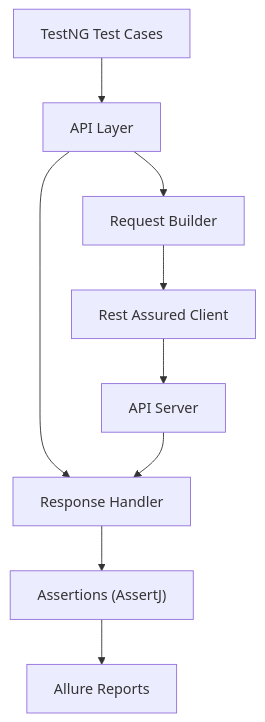
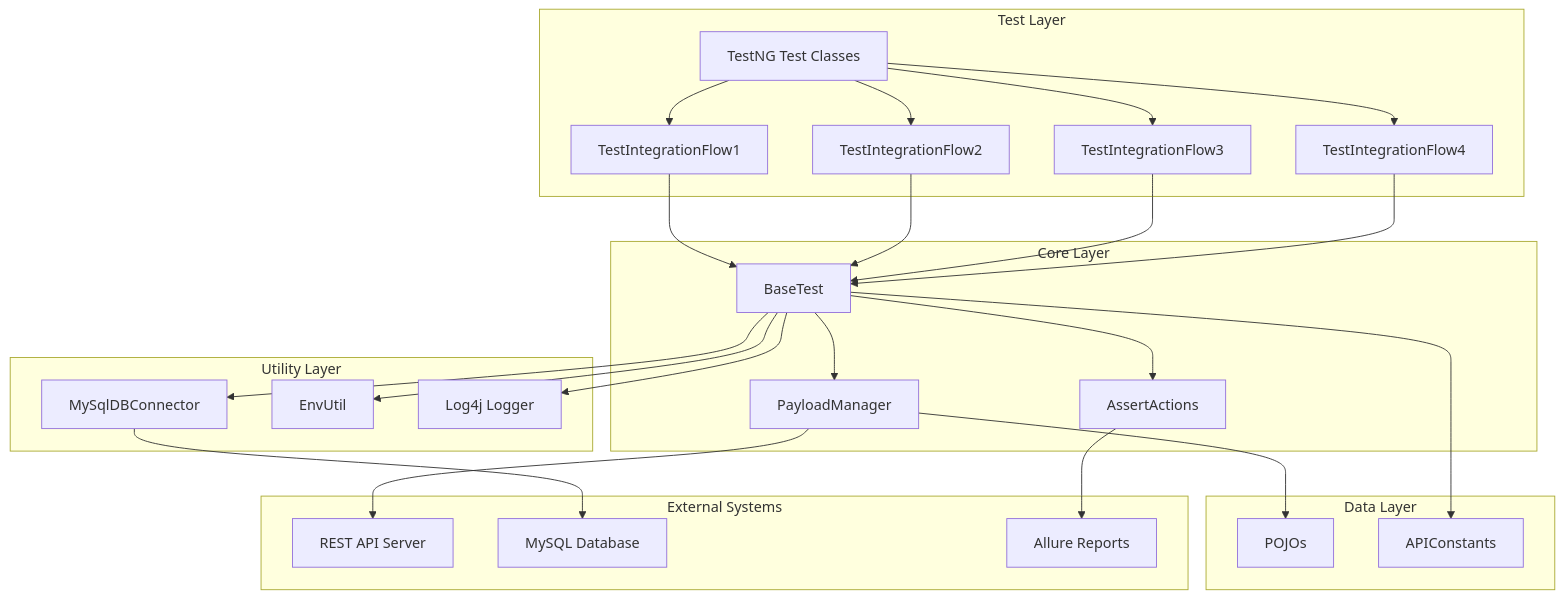
Before and after one commit to PramodDutta/APIAutomationFramworkATB15x: the first of 9 diagrams in README.md, drawn with Mermaid. The commit also changed other lines of this file and 19 other files, not shown here.

First line of the commit message:
Add E2E integration test flows, Log4j logging, and Jenkinsfile

````diff
--- a/README.md
+++ b/README.md
@@ -62,11 +69,43 @@
 ```mermaid
 flowchart TD
-    A["TestNG Test Cases"] --> B["API Layer"]
-    B --> C["Request Builder"]
-    B --> D["Response Handler"]
-    C --> E["Rest Assured Client"]
-    E --> F["API Server"]
-    F --> D
-    D --> G["Assertions (AssertJ)"]
-    G --> H["Allure Reports"]
+    subgraph TestLayer["Test Layer"]
+        A["TestNG Test Classes"]
+        A1["TestIntegrationFlow1"]
+        A2["TestIntegrationFlow2"]
+        A3["TestIntegrationFlow3"]
+        A4["TestIntegrationFlow4"]
+    end
+
+    subgraph CoreLayer["Core Layer"]
+        B["BaseTest"]
+        C["PayloadManager"]
+        D["AssertActions"]
+    end
+
+    subgraph DataLayer["Data Layer"]
+        E["POJOs"]
+        F["APIConstants"]
+    end
+
+    subgraph UtilLayer["Utility Layer"]
+        G["MySqlDBConnector"]
+        H["EnvUtil"]
+        I["Log4j Logger"]
+    end
+
+    subgraph External["External Systems"]
+        J["REST API Server"]
+        K["MySQL Database"]
+        L["Allure Reports"]
+    end
+
+    A --> A1 & A2 & A3 & A4
+    A1 & A2 & A3 & A4 --> B
+    B --> C & D
+    C --> E
+    B --> F
+    B --> G & H & I
+    C --> J
+    G --> K
+    D --> L
 ```
````
